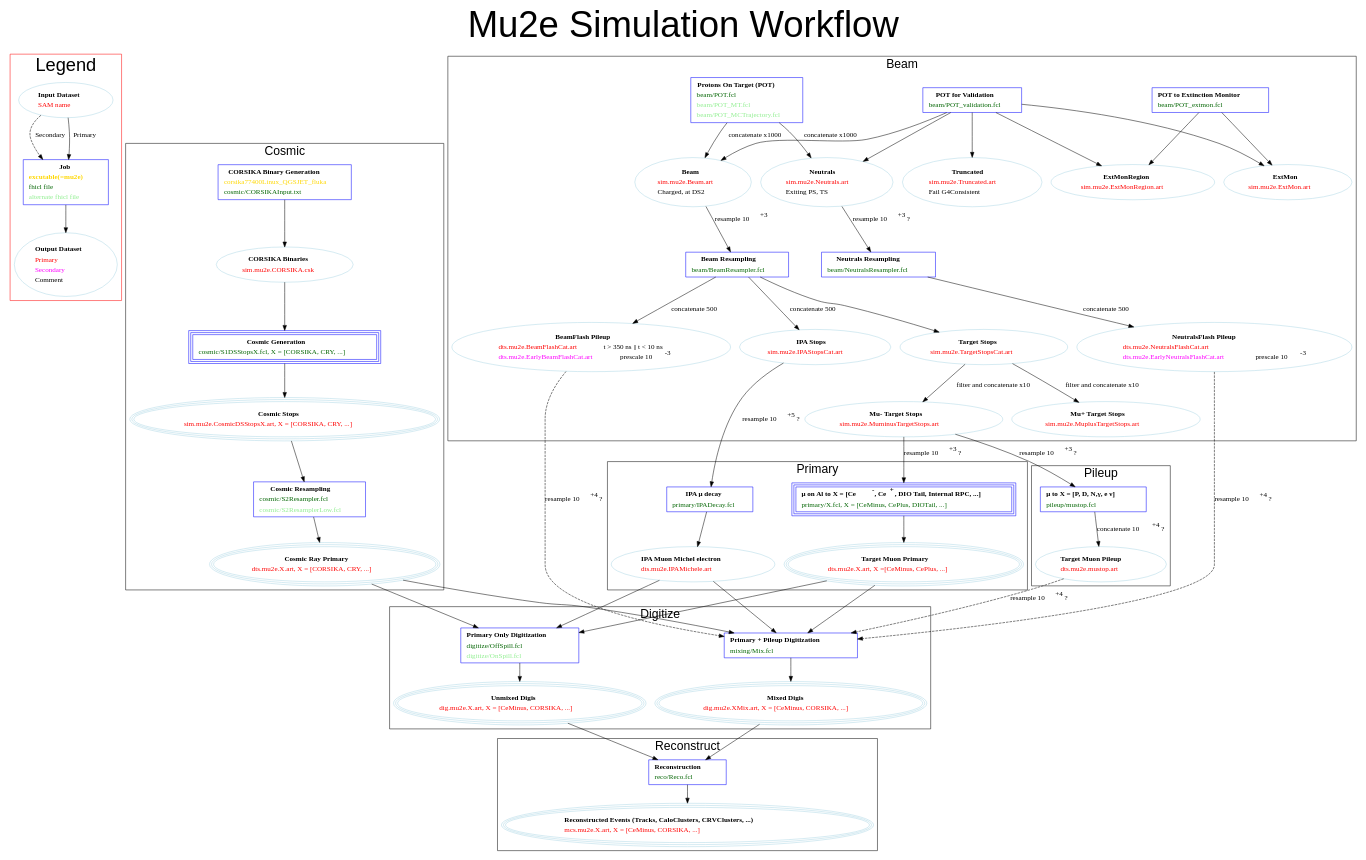
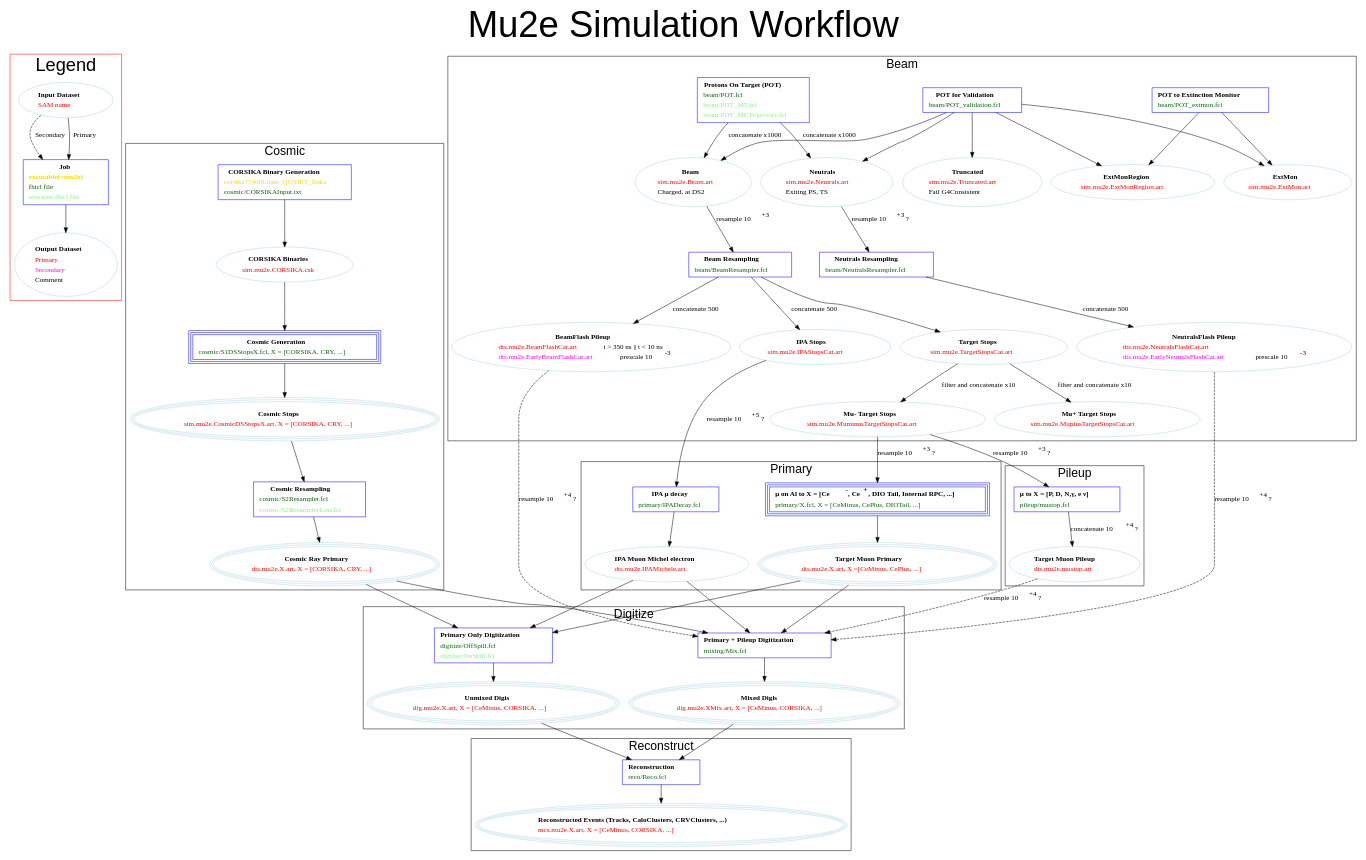
One commit to sridhar130/Production changed the diagram in JobConfig/doc/SimulationWorkflow.dot. Above: the diagram before and after it, drawn with Graphviz. The commit also changed 2 other files, not shown here.

Commit message:
diagram: add Cat to Muminus and Muplus

```diff
--- a/JobConfig/doc/SimulationWorkflow.dot
+++ b/JobConfig/doc/SimulationWorkflow.dot
@@ -200,13 +200,13 @@
     MuminusTargetStops [shape=oval, color=lightblue,
 		label=<<table border="0" cellborder="0" cellspacing="1">
 		  <tr><td align="center"><b>Mu- Target Stops</b></td></tr>
-		  <tr><td align="left"><font color="red">sim.mu2e.MuminusTargetStops.art</font></td></tr>
+		  <tr><td align="left"><font color="red">sim.mu2e.MuminusTargetStopsCat.art</font></td></tr>
 		  </table>>];
 
     MuplusTargetStops [shape=oval, color=lightblue,
 		label=<<table border="0" cellborder="0" cellspacing="1">
 		  <tr><td align="center"><b>Mu+ Target Stops</b></td></tr>
-		  <tr><td align="left"><font color="red">sim.mu2e.MuplusTargetStops.art</font></td></tr>
+		  <tr><td align="left"><font color="red">sim.mu2e.MuplusTargetStopsCat.art</font></td></tr>
 		  </table>>];
 
     TargetStops -> MuminusTargetStops [ label="filter and concatenate x10"];
```
